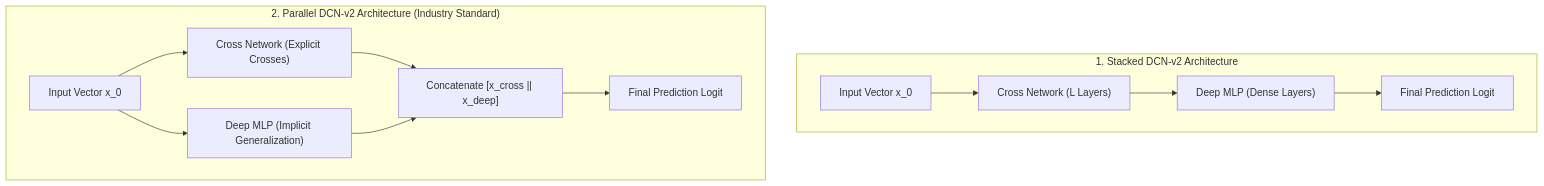
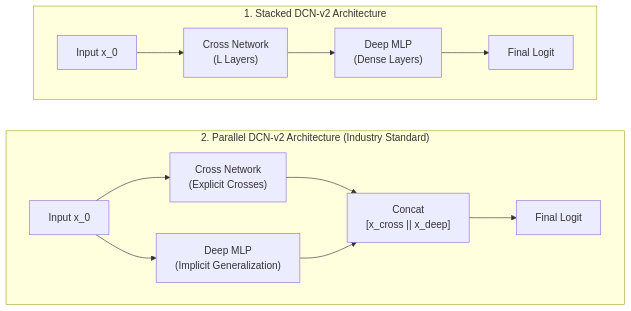
Before and after one commit to jyotipmahes/ML-Interview-Prep: the ninth of 15 diagrams in System_Design/01_Recommendation_Systems/Part_2_Ranking_PreRanking_and_Feature_Engineering.md, drawn with Mermaid. The commit also changed other lines of this file, not shown here.

````diff
--- a/System_Design/01_Recommendation_Systems/Part_2_Ranking_PreRanking_and_Feature_Engineering.md
+++ b/System_Design/01_Recommendation_Systems/Part_2_Ranking_PreRanking_and_Feature_Engineering.md
@@ -405,16 +481,20 @@
 ```mermaid
 flowchart TD
     subgraph StackedConfig ["1. Stacked DCN-v2 Architecture"]
-        S_Input["Input Vector x_0"] --> S_Cross["Cross Network (L Layers)"]
-        S_Cross --> S_Deep["Deep MLP (Dense Layers)"]
-        S_Deep --> S_Out["Final Prediction Logit"]
+        direction LR
+        S_Input["Input x_0"] --> S_Cross["Cross Network<br/>(L Layers)"]
+        S_Cross --> S_Deep["Deep MLP<br/>(Dense Layers)"]
+        S_Deep --> S_Out["Final Logit"]
     end
 
     subgraph ParallelConfig ["2. Parallel DCN-v2 Architecture (Industry Standard)"]
-        P_Input["Input Vector x_0"] --> P_Cross["Cross Network (Explicit Crosses)"]
-        P_Input --> P_Deep["Deep MLP (Implicit Generalization)"]
-        P_Cross --> P_Concat["Concatenate [x_cross || x_deep]"]
+        direction LR
+        P_Input["Input x_0"] --> P_Cross["Cross Network<br/>(Explicit Crosses)"]
+        P_Input --> P_Deep["Deep MLP<br/>(Implicit Generalization)"]
+        P_Cross --> P_Concat["Concat<br/>[x_cross || x_deep]"]
         P_Deep --> P_Concat
-        P_Concat --> P_Out["Final Prediction Logit"]
+        P_Concat --> P_Out["Final Logit"]
     end
+
+    StackedConfig ~~~ ParallelConfig
 ```
````
